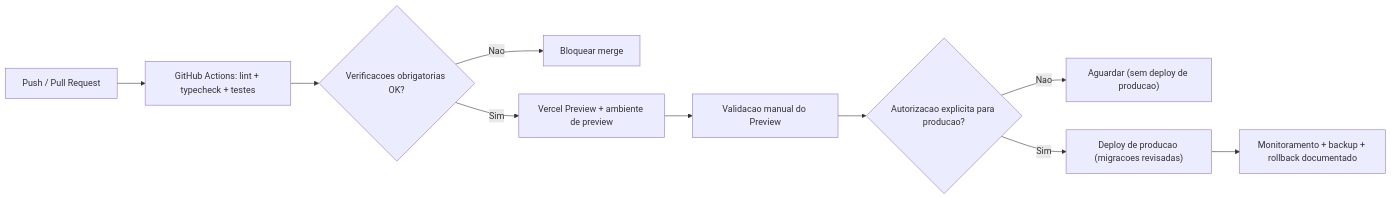
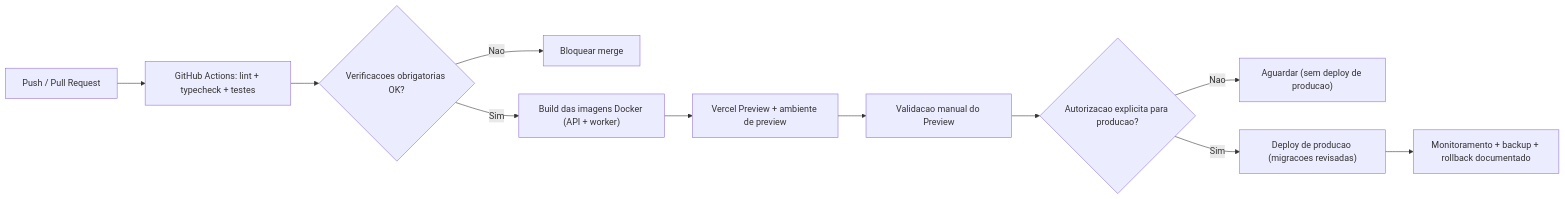
The second of 2 diagrams in docs/architecture/deploy-infraestrutura.md (alexsandrosodre/qualitytest), drawn with Mermaid before and after one commit. The commit also changed other lines of this file and 9 other files, not shown here.

````diff
--- a/docs/architecture/deploy-infraestrutura.md
+++ b/docs/architecture/deploy-infraestrutura.md
@@ -130,12 +154,13 @@
 ```mermaid
 flowchart LR
     Push["Push / Pull Request"] --> CI["GitHub Actions: lint + typecheck + testes"]
     CI --> G1{"Verificacoes obrigatorias OK?"}
     G1 -- "Nao" --> Block["Bloquear merge"]
-    G1 -- "Sim" --> Prev["Vercel Preview + ambiente de preview"]
+    G1 -- "Sim" --> Img["Build das imagens Docker (API + worker)"]
+    Img --> Prev["Vercel Preview + ambiente de preview"]
     Prev --> Val["Validacao manual do Preview"]
     Val --> Auth{"Autorizacao explicita para producao?"}
     Auth -- "Nao" --> Stop["Aguardar (sem deploy de producao)"]
     Auth -- "Sim" --> Deploy["Deploy de producao (migracoes revisadas)"]
     Deploy --> Obs["Monitoramento + backup + rollback documentado"]
 ```
````
